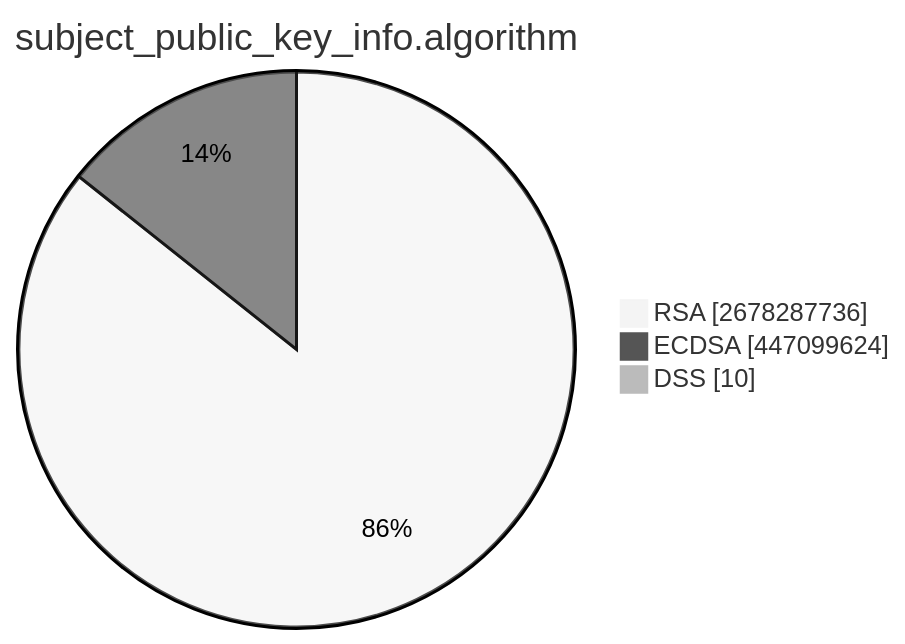
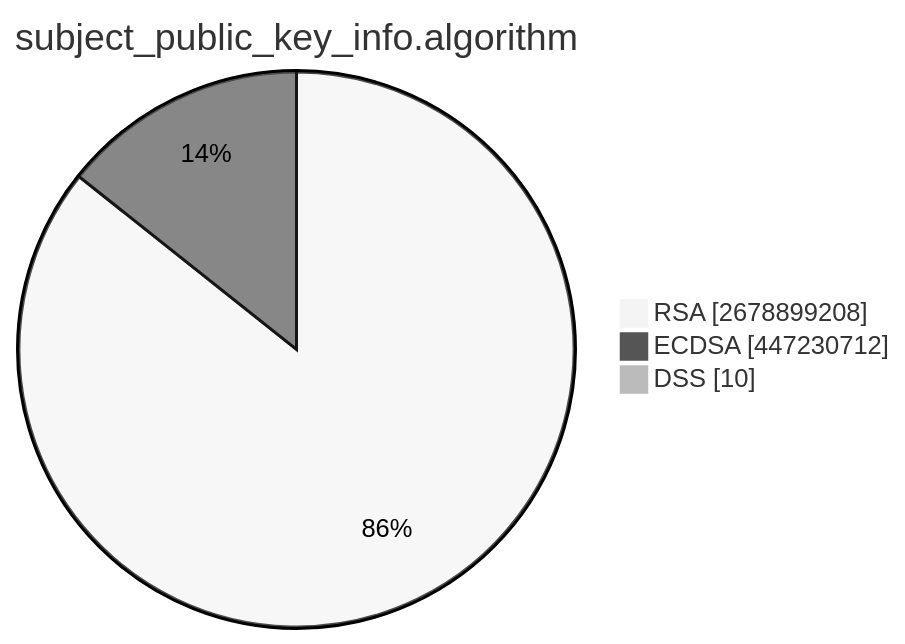
One commit to christiankrug/ctmonitor_visualization changed the second of 15 diagrams in TOTAL/README.md. Above: the diagram before and after it, drawn with Mermaid (neutral theme). The commit also changed other lines of this file, not shown here.

````diff
--- a/TOTAL/README.md
+++ b/TOTAL/README.md
@@ -6,7 +6,7 @@
 ```mermaid
 pie showData
 title subject_public_key_info.algorithm
-"RSA" :2678287736
-"ECDSA" :447099624
+"RSA" :2678899208
+"ECDSA" :447230712
 "DSS" :10
 ```
````
